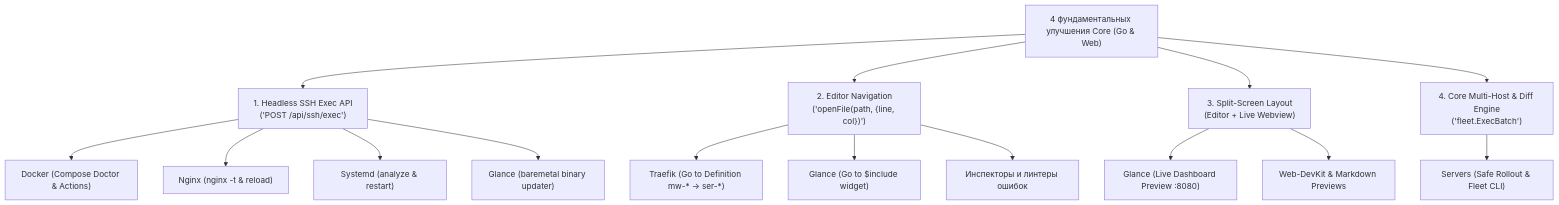
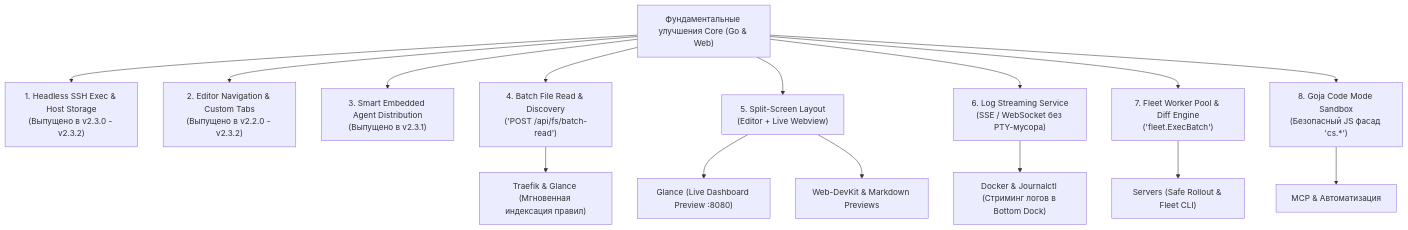
The diagram in ROADMAP.md (config-studio/config-studio), drawn with Mermaid before and after one commit. The commit also changed other lines of this file, not shown here.

Commit message:
docs(roadmap): advance roadmap to sprint v2.3.3 and archive v2.3.1 and v2.3.2 releases

````diff
--- a/ROADMAP.md
+++ b/ROADMAP.md
@@ -32,28 +34,29 @@
 ```mermaid
 graph TD
-    Core["4 фундаментальных улучшения Core (Go & Web)"]
+    Core["Фундаментальные улучшения Core (Go & Web)"]
     
-    C1["1. Headless SSH Exec API<br/>('POST /api/ssh/exec')"]
-    C2["2. Editor Navigation<br/>('openFile(path, {line, col})')"]
-    C3["3. Split-Screen Layout<br/>(Editor + Live Webview)"]
-    C4["4. Core Multi-Host & Diff Engine<br/>('fleet.ExecBatch')"]
+    C1["1. Headless SSH Exec & Host Storage<br/>(Выпущено в v2.3.0 - v2.3.2)"]
+    C2["2. Editor Navigation & Custom Tabs<br/>(Выпущено в v2.2.0 - v2.3.2)"]
+    C3["3. Smart Embedded Agent Distribution<br/>(Выпущено в v2.3.1)"]
+    C4["4. Batch File Read & Discovery<br/>('POST /api/fs/batch-read')"]
+    C5["5. Split-Screen Layout<br/>(Editor + Live Webview)"]
+    C6["6. Log Streaming Service<br/>(SSE / WebSocket без PTY-мусора)"]
+    C7["7. Fleet Worker Pool & Diff Engine<br/>('fleet.ExecBatch')"]
+    C8["8. Goja Code Mode Sandbox<br/>(Безопасный JS фасад 'cs.*')"]
     
     Core --> C1
     Core --> C2
     Core --> C3
     Core --> C4
+    Core --> C5
+    Core --> C6
+    Core --> C7
+    Core --> C8
     
-    C1 --> P1["Docker (Compose Doctor & Actions)"]
-    C1 --> P2["Nginx (nginx -t & reload)"]
-    C1 --> P3["Systemd (analyze & restart)"]
-    C1 --> P4["Glance (baremetal binary updater)"]
-    
-    C2 --> P5["Traefik (Go to Definition mw-* -> ser-*)"]
-    C2 --> P6["Glance (Go to $include widget)"]
-    C2 --> P7["Инспекторы и линтеры ошибок"]
-    
-    C3 --> P8["Glance (Live Dashboard Preview :8080)"]
-    C3 --> P9["Web-DevKit & Markdown Previews"]
-    
-    C4 --> P10["Servers (Safe Rollout & Fleet CLI)"]
+    C4 --> P1["Traefik & Glance (Мгновенная индексация правил)"]
+    C5 --> P2["Glance (Live Dashboard Preview :8080)"]
+    C5 --> P3["Web-DevKit & Markdown Previews"]
+    C6 --> P4["Docker & Journalctl (Стриминг логов в Bottom Dock)"]
+    C7 --> P5["Servers (Safe Rollout & Fleet CLI)"]
+    C8 --> P6["MCP & Автоматизация"]
 ```
````
